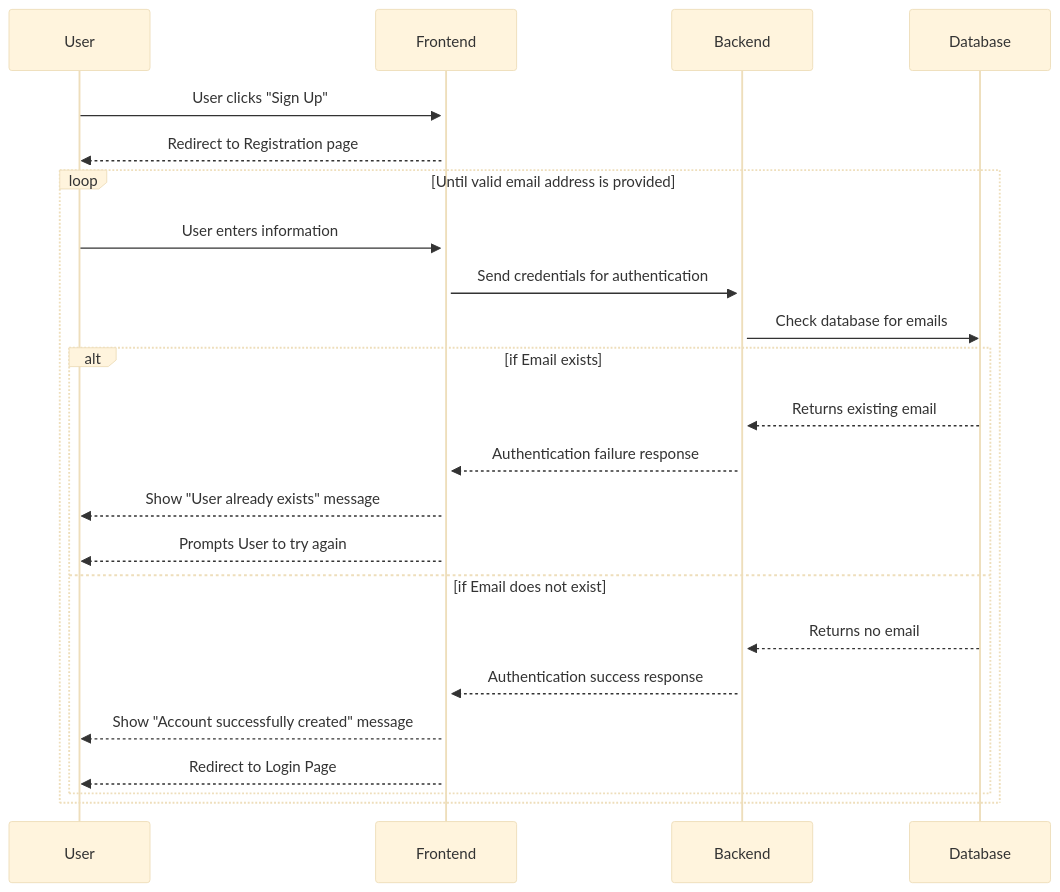
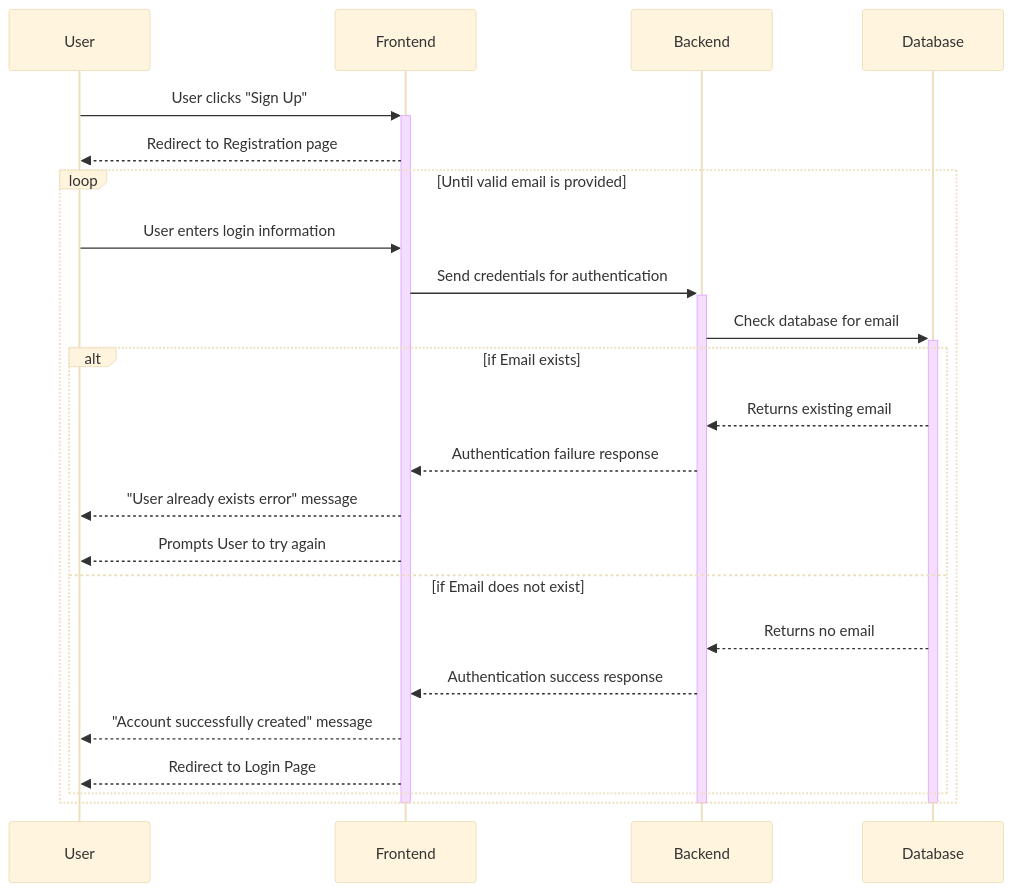
The second of 2 diagrams in documentation/docs/system-architecture/sequence-diagrams.md (Capstone-Projects-2025-Spring/project-003-story-builder-team-1), drawn with Mermaid (base theme) before and after one commit.

Commit message:
Added activation boxes to sequence diagram 1

````diff
--- a/documentation/docs/system-architecture/sequence-diagrams.md
+++ b/documentation/docs/system-architecture/sequence-diagrams.md
@@ -27,25 +27,28 @@
 ```mermaid
 sequenceDiagram
     participant User
     participant Frontend
     participant Backend
     participant Database
     User->>+Frontend: User clicks "Sign Up"
     Frontend-->>User: Redirect to Registration page
-    loop Until valid email address is provided
-        User->>Frontend: User enters information
+    loop Until valid email is provided
+        User->>Frontend: User enters login information
         Frontend->>+Backend: Send credentials for authentication
-        Backend->>Database: Check database for emails
+        Backend->>+Database: Check database for email
         alt if Email exists
             Database-->>Backend: Returns existing email
             Backend-->>Frontend: Authentication failure response
-            Frontend-->>User: Show "User already exists" message
+            Frontend-->>User: "User already exists error" message
             Frontend-->>User: Prompts User to try again
         else if Email does not exist
             Database-->>Backend: Returns no email
             Backend-->>Frontend: Authentication success response
-            Frontend-->>User: Show "Account successfully created" message
+            Frontend-->>User: "Account successfully created" message
             Frontend-->>User: Redirect to Login Page
         end
     end
+    deactivate Database
+    deactivate Backend
+    deactivate Frontend
 ```
````
